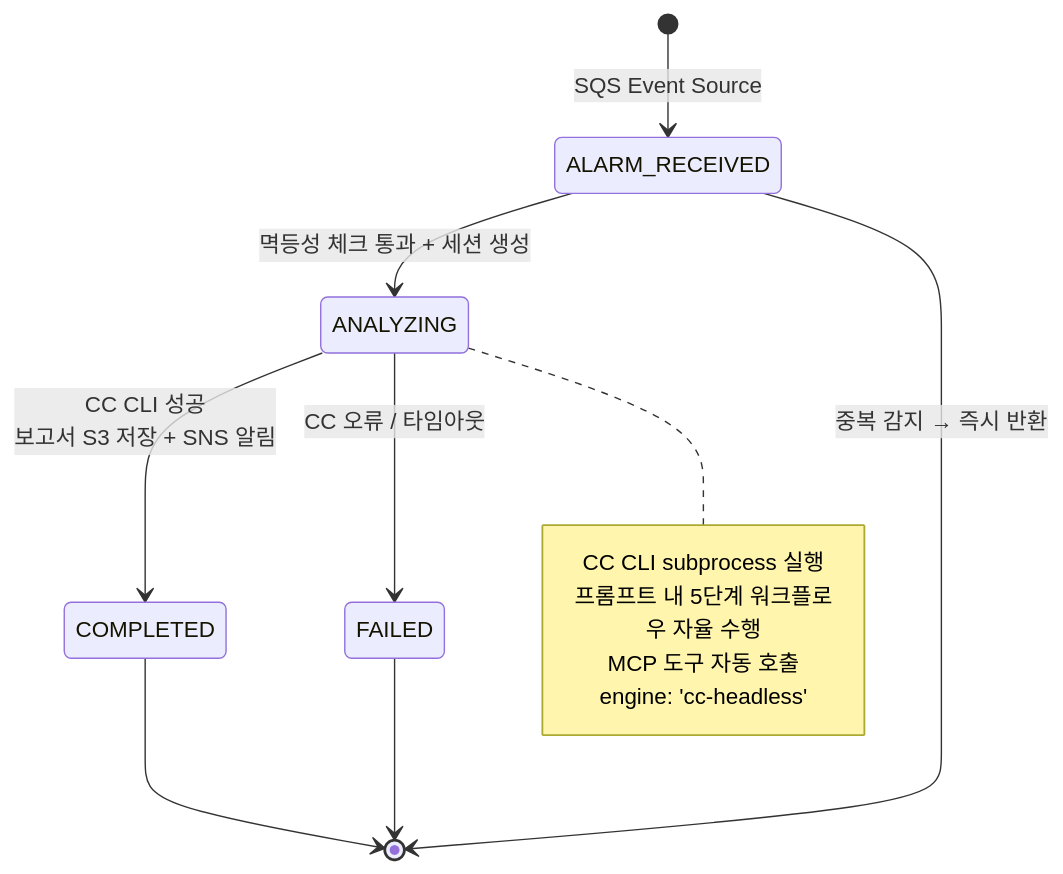
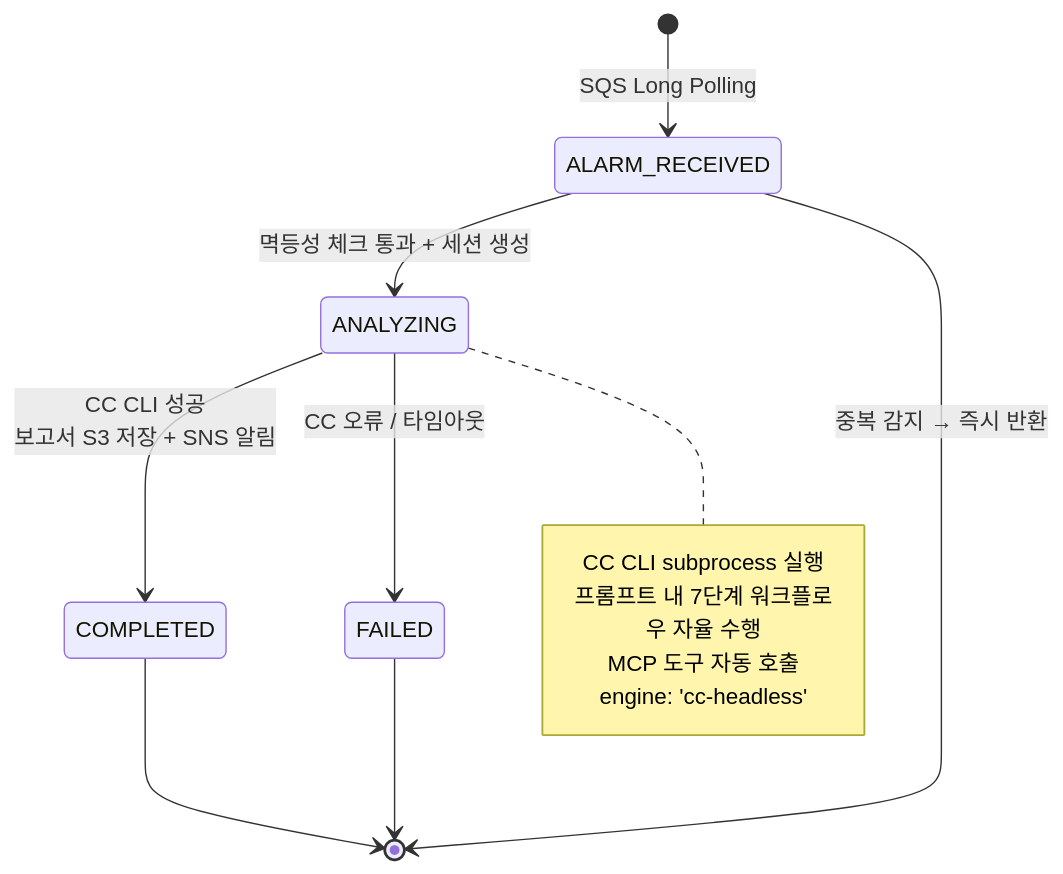
One commit to haandol/rca-agent changed the fourth of 7 diagrams in docs/architecture-and-demo-flow.md. Above: the diagram before and after it, drawn with Mermaid. The commit also changed other lines of this file and 2 other files, not shown here.

````diff
--- a/docs/architecture-and-demo-flow.md
+++ b/docs/architecture-and-demo-flow.md
@@ -226,20 +228,20 @@
 ```mermaid
 stateDiagram-v2
-    [*] --> ALARM_RECEIVED: SQS Event Source
+    [*] --> ALARM_RECEIVED: SQS Long Polling
 
     ALARM_RECEIVED --> ANALYZING: 멱등성 체크 통과 + 세션 생성
     ALARM_RECEIVED --> [*]: 중복 감지 → 즉시 반환
 
     ANALYZING --> COMPLETED: CC CLI 성공<br/>보고서 S3 저장 + SNS 알림
     ANALYZING --> FAILED: CC 오류 / 타임아웃
 
     note right of ANALYZING
         CC CLI subprocess 실행
-        프롬프트 내 5단계 워크플로우 자율 수행
+        프롬프트 내 7단계 워크플로우 자율 수행
         MCP 도구 자동 호출
         engine: 'cc-headless'
     end note
 
     COMPLETED --> [*]
     FAILED --> [*]
 ```
````
